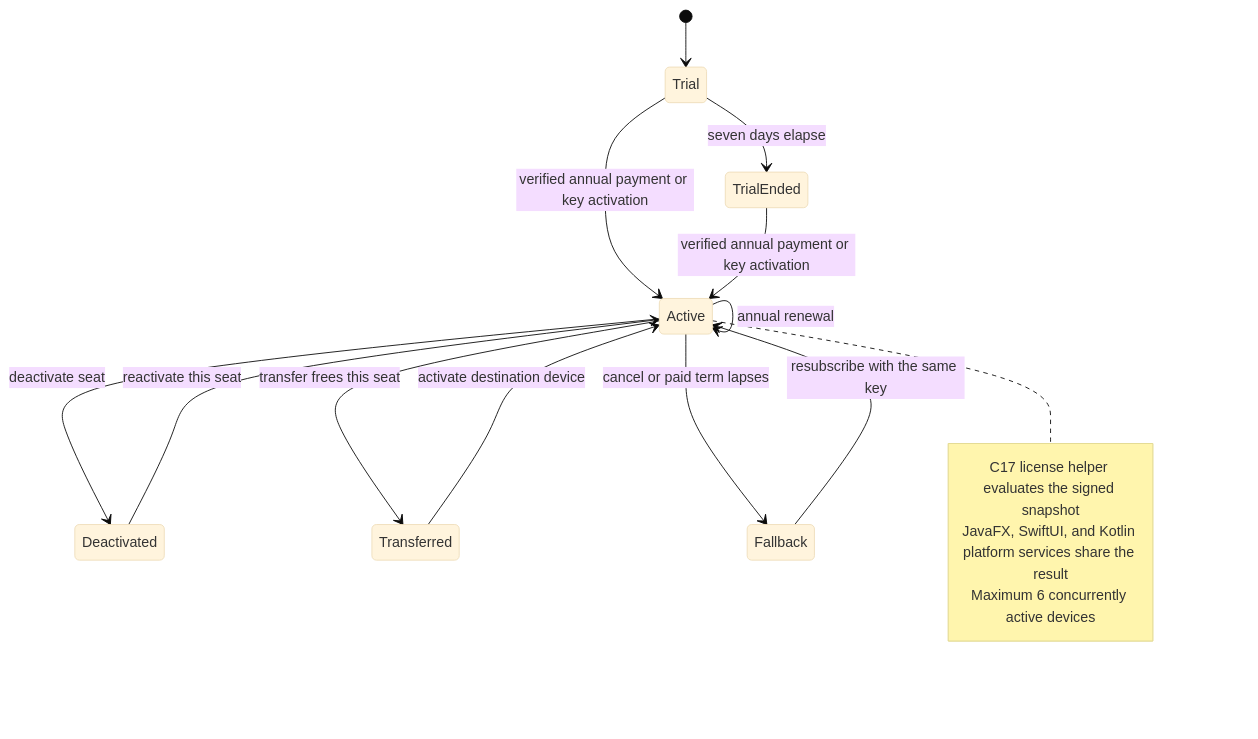
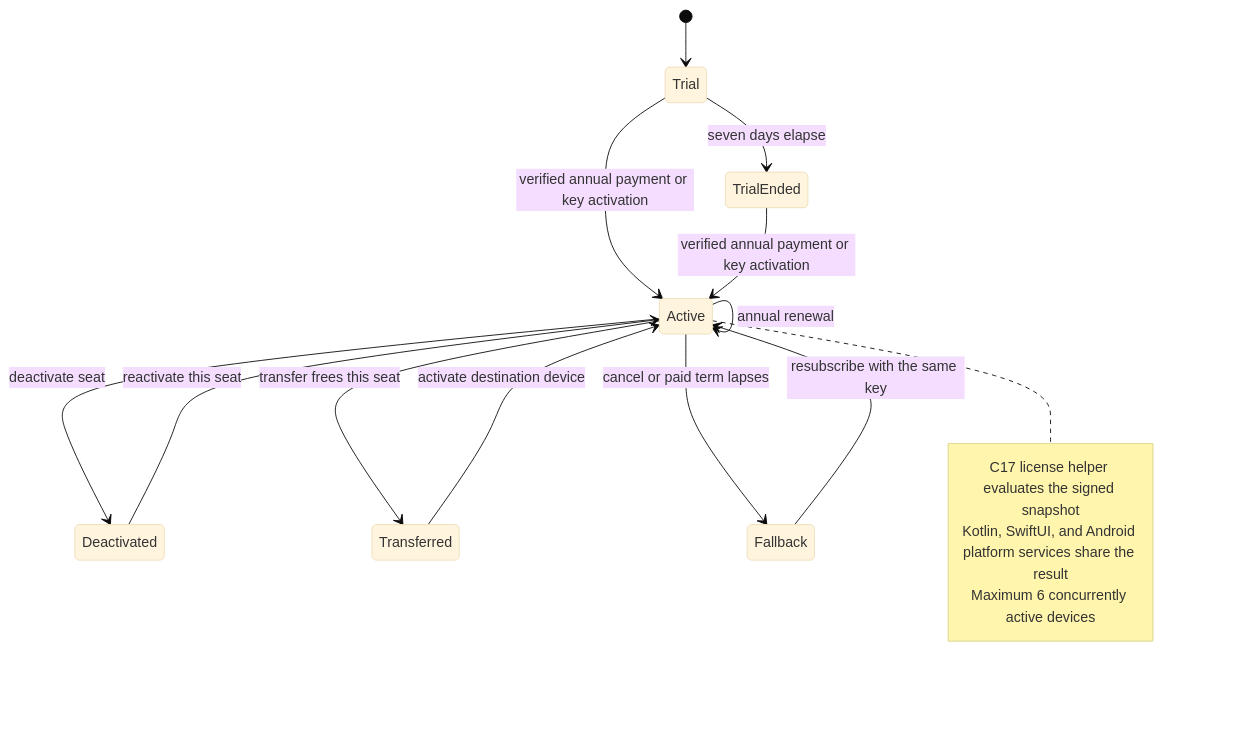
Before and after one commit to JohnThre/clambhook: the fourth of 4 diagrams in README.md, drawn with Mermaid (base theme). The commit also changed other lines of this file and 19 other files, not shown here.

````diff
--- a/README.md
+++ b/README.md
@@ -254,20 +247,20 @@
 ```mermaid
 stateDiagram-v2
     [*] --> Trial
     Trial --> Active: verified annual payment or key activation
     Trial --> TrialEnded: seven days elapse
     TrialEnded --> Active: verified annual payment or key activation
     Active --> Active: annual renewal
     Active --> Deactivated: deactivate seat
     Deactivated --> Active: reactivate this seat
     Active --> Transferred: transfer frees this seat
     Transferred --> Active: activate destination device
     Active --> Fallback: cancel or paid term lapses
     Fallback --> Active: resubscribe with the same key
 
     note right of Active
         C17 license helper evaluates the signed snapshot
-        JavaFX, SwiftUI, and Kotlin platform services share the result
+        Kotlin, SwiftUI, and Android platform services share the result
         Maximum 6 concurrently active devices
     end note
 ```
````
